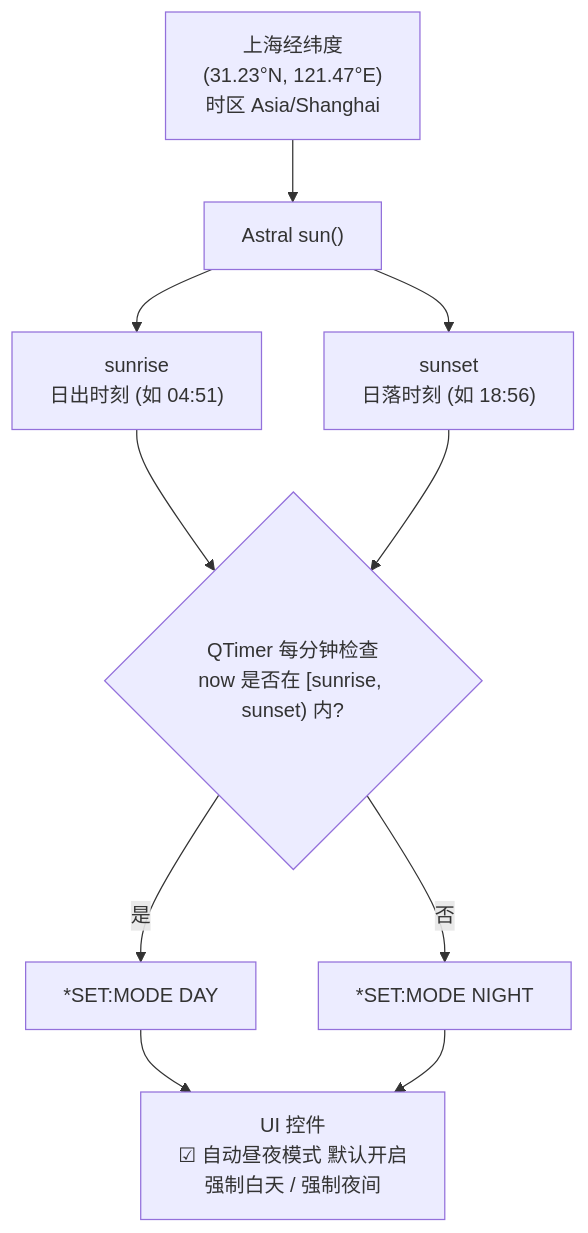
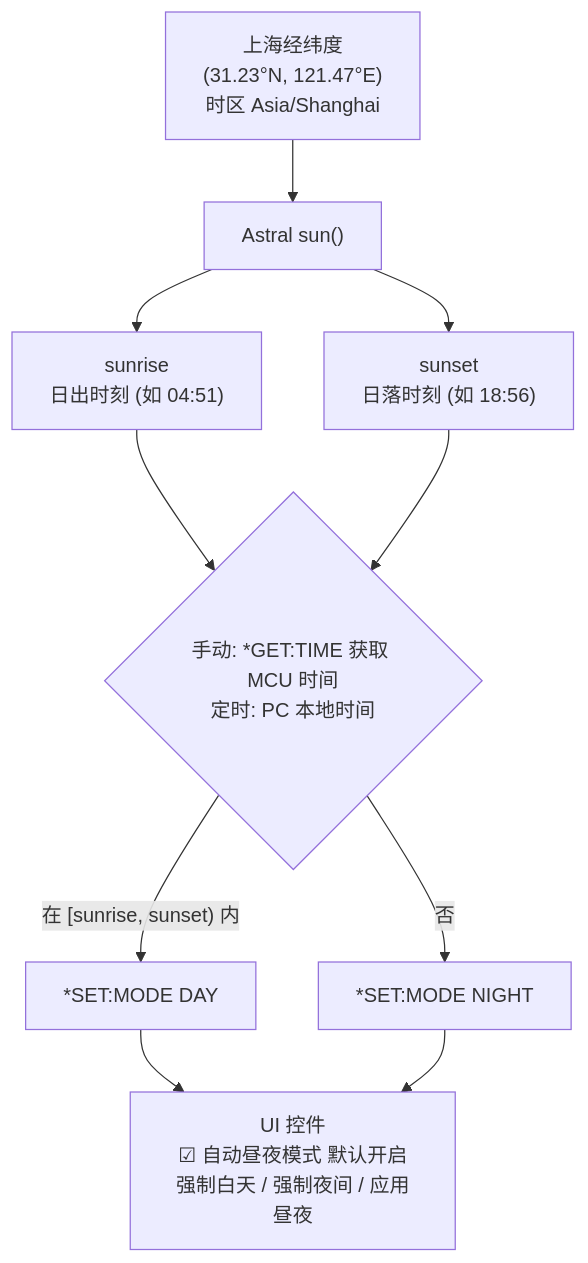
The seventh of 7 diagrams in pc_host/README.md (Jyzan/EST2506), drawn with Mermaid before and after one commit. The commit also changed other lines of this file and 14 other files, not shown here.

````diff
--- a/pc_host/README.md
+++ b/pc_host/README.md
@@ -521,12 +522,12 @@
 ```mermaid
 flowchart TD
     A["上海经纬度<br/>(31.23°N, 121.47°E)<br/>时区 Asia/Shanghai"] --> B["Astral sun()"]
     B --> C1["sunrise<br/>日出时刻 (如 04:51)"]
     B --> C2["sunset<br/>日落时刻 (如 18:56)"]
-    C1 --> D{"QTimer 每分钟检查<br/>now 是否在 [sunrise, sunset) 内?"}
+    C1 --> D{"手动: *GET:TIME 获取 MCU 时间<br/>定时: PC 本地时间"}
     C2 --> D
-    D -->|"是"| E["*SET:MODE DAY"]
+    D -->|"在 [sunrise, sunset) 内"| E["*SET:MODE DAY"]
     D -->|"否"| F["*SET:MODE NIGHT"]
-    E --> G["UI 控件<br/>☑ 自动昼夜模式 默认开启<br/>强制白天 / 强制夜间"]
+    E --> G["UI 控件<br/>☑ 自动昼夜模式 默认开启<br/>强制白天 / 强制夜间 / 应用昼夜"]
     F --> G
 ```
````
